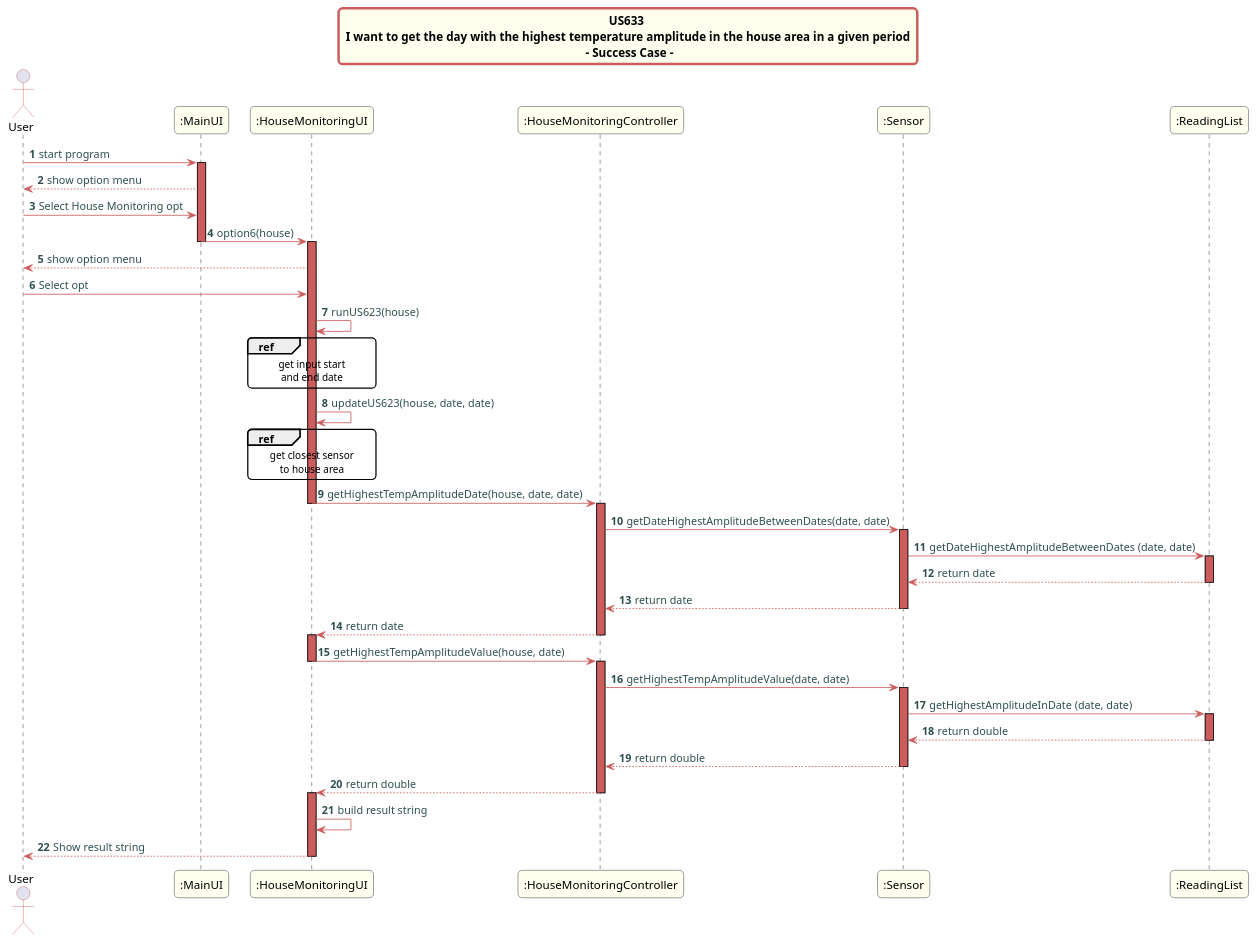
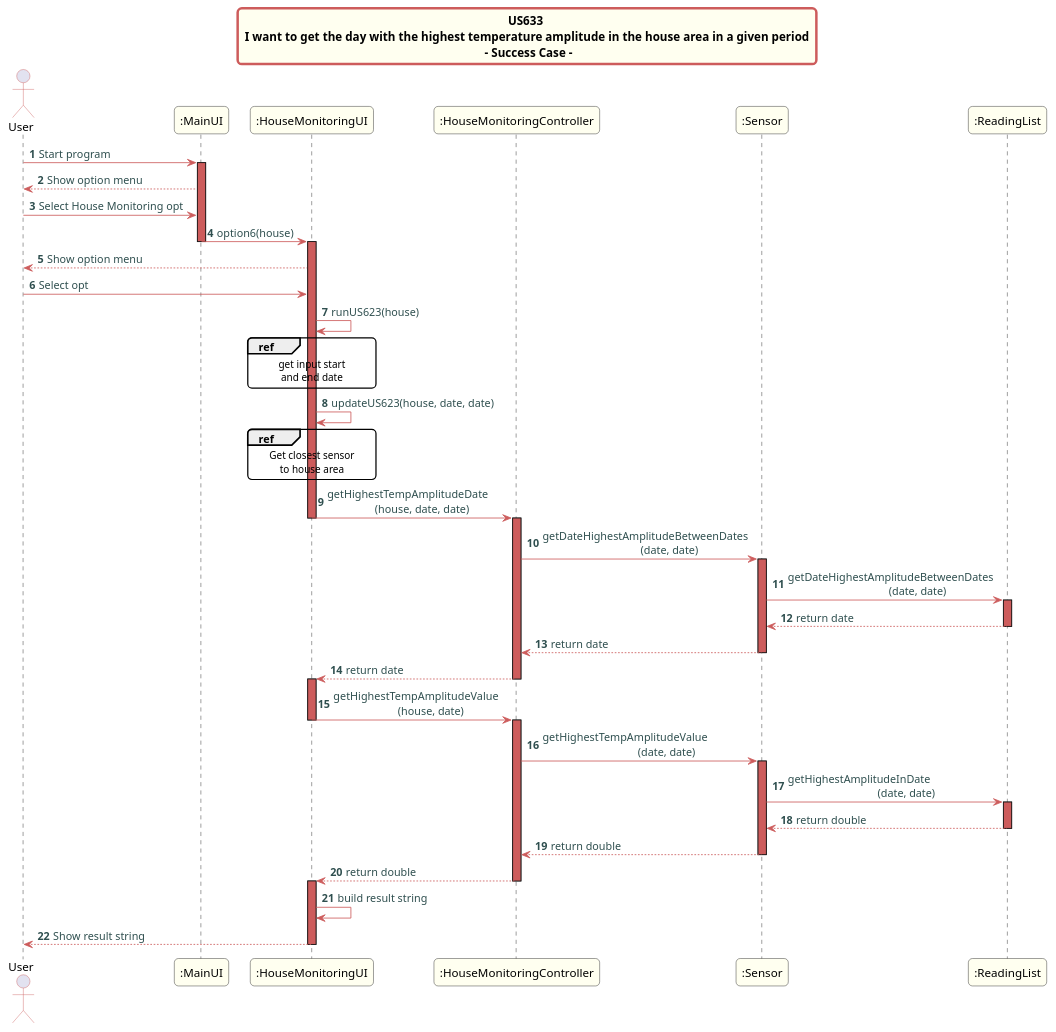
Before and after one commit to Almadanmp/project: the diagram in src/doc/Controllers/HouseMonitoring/US633/US633.puml, drawn with PlantUML.

Commit message:
REF #161 Updates US633 sequence diagram

```diff
--- a/src/doc/Controllers/HouseMonitoring/US633/US633.puml
+++ b/src/doc/Controllers/HouseMonitoring/US633/US633.puml
@@ -1,97 +1,102 @@
 @startuml
 skinparam titleBorderRoundCorner 10
 skinparam titleBorderThickness 3
 skinparam titleBorderColor indianred
 skinparam titleBackgroundColor ivory
 skinparam FontName quicksand
 
 skinparam actor {
   BorderColor indianred
   }
 
 skinparam sequence {
   LifeLineBackgroundColor indianred
   ParticipantBackgroundColor ivory
 }
 
 skinparam roundcorner 10
 
 skinparam component {
   arrowThickness 1
   ArrowFontName Verdana
   ArrowColor indianred
   ArrowFontColor darkslategrey
 }
 
 title US633 \n I want to get the day with the highest temperature amplitude in the house area in a given period \n - Success Case -
 
 autonumber
 
 actor User
 
-User -> ":MainUI": start program
+User -> ":MainUI": Start program
 activate ":MainUI"
 
-":MainUI" --> User: show option menu
+":MainUI" --> User: Show option menu
 User-> ":MainUI": Select House Monitoring opt
 ":MainUI" -> ":HouseMonitoringUI": option6(house)
 deactivate ":MainUI"
 activate ":HouseMonitoringUI"
-":HouseMonitoringUI" --> User: show option menu
+":HouseMonitoringUI" --> User: Show option menu
 User -> ":HouseMonitoringUI": Select opt
 ":HouseMonitoringUI" -> ":HouseMonitoringUI": runUS623(house)
 
 ref over ":HouseMonitoringUI"
 get input start
 and end date
 end ref
 
 ":HouseMonitoringUI" -> ":HouseMonitoringUI": updateUS623(house, date, date)
 ref over ":HouseMonitoringUI"
-get closest sensor
+Get closest sensor
 to house area
 end ref
 
-":HouseMonitoringUI" -> ":HouseMonitoringController": getHighestTempAmplitudeDate(house, date, date)
+":HouseMonitoringUI" -> ":HouseMonitoringController": getHighestTempAmplitudeDate\n                 (house, date, date)
 deactivate ":HouseMonitoringUI"
 activate ":HouseMonitoringController"
-":HouseMonitoringController" -> ":Sensor": getDateHighestAmplitudeBetweenDates(date, date)
+":HouseMonitoringController" -> ":Sensor": getDateHighestAmplitudeBetweenDates\n                                   (date, date)
 
 activate ":Sensor"
 
-":Sensor" -> ":ReadingList": getDateHighestAmplitudeBetweenDates (date, date)
+":Sensor" -> ":ReadingList": getDateHighestAmplitudeBetweenDates\n                                    (date, date)
 activate ":ReadingList"
+
 ":ReadingList" --> ":Sensor": return date
 deactivate ":ReadingList"
 ":Sensor" --> ":HouseMonitoringController": return date
 deactivate ":Sensor"
 
 ":HouseMonitoringController" --> ":HouseMonitoringUI": return date
 deactivate ":HouseMonitoringController"
 activate ":HouseMonitoringUI"
-":HouseMonitoringUI" -> ":HouseMonitoringController": getHighestTempAmplitudeValue(house, date)
+":HouseMonitoringUI" -> ":HouseMonitoringController": getHighestTempAmplitudeValue\n                       (house, date)
 deactivate ":HouseMonitoringUI"
 activate ":HouseMonitoringController"
 
-":HouseMonitoringController" -> ":Sensor": getHighestTempAmplitudeValue(date, date)
+":HouseMonitoringController" -> ":Sensor": getHighestTempAmplitudeValue\n                                  (date, date)
 activate ":Sensor"
-":Sensor" -> ":ReadingList": getHighestAmplitudeInDate (date, date)
+":Sensor" -> ":ReadingList": getHighestAmplitudeInDate\n                                (date, date)
+
 activate ":ReadingList"
+
+
+
 ":ReadingList" --> ":Sensor": return double
 deactivate ":ReadingList"
 ":Sensor" --> ":HouseMonitoringController": return double
 deactivate ":Sensor"
 
 ":HouseMonitoringController" --> ":HouseMonitoringUI": return double
 deactivate ":HouseMonitoringController"
 activate ":HouseMonitoringUI"
 
 ":HouseMonitoringUI" -> ":HouseMonitoringUI": build result string
 
 ":HouseMonitoringUI" --> User: Show result string
 deactivate ":HouseMonitoringUI"
 
 deactivate ":MainUI"
 
 
 @enduml
```
